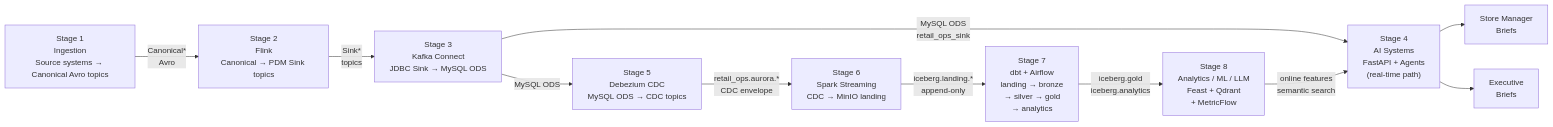
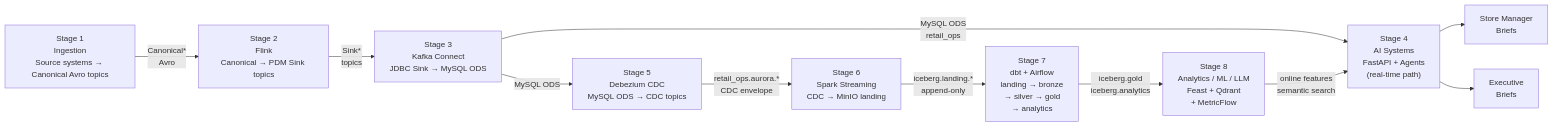
The first of 3 diagrams in docs/system_overview.md (wchen-dea/Agentic-Operational-Intelligence-Platform), drawn with Mermaid before and after one commit. The commit also changed other lines of this file and 96 other files, not shown here.

````diff
--- a/docs/system_overview.md
+++ b/docs/system_overview.md
@@ -42,13 +42,13 @@
 ```mermaid
 flowchart LR
     S1["Stage 1\nIngestion\nSource systems → Canonical Avro topics"] -->|"Canonical*\nAvro"| S2
     S2["Stage 2\nFlink\nCanonical → PDM Sink topics"] -->|"Sink*\ntopics"| S3
-    S3["Stage 3\nKafka Connect\nJDBC Sink → MySQL ODS"] -->|"MySQL ODS\nretail_ops_sink"| S4
+    S3["Stage 3\nKafka Connect\nJDBC Sink → MySQL ODS"] -->|"MySQL ODS\nretail_ops"| S4
     S3 -->|"MySQL ODS"| S5
     S4["Stage 4\nAI Systems\nFastAPI + Agents\n(real-time path)"] --> OUT1["Store Manager\nBriefs"]
     S4 --> OUT2["Executive\nBriefs"]
     S5["Stage 5\nDebezium CDC\nMySQL ODS → CDC topics"] -->|"retail_ops.aurora.*\nCDC envelope"| S6
     S6["Stage 6\nSpark Streaming\nCDC → MinIO landing"] -->|"iceberg.landing.*\nappend-only"| S7
     S7["Stage 7\ndbt + Airflow\nlanding → bronze\n→ silver → gold\n→ analytics"] -->|"iceberg.gold\niceberg.analytics"| S8
     S8["Stage 8\nAnalytics / ML / LLM\nFeast + Qdrant\n+ MetricFlow"] -->|"online features\nsemantic search"| S4
 ```
````
